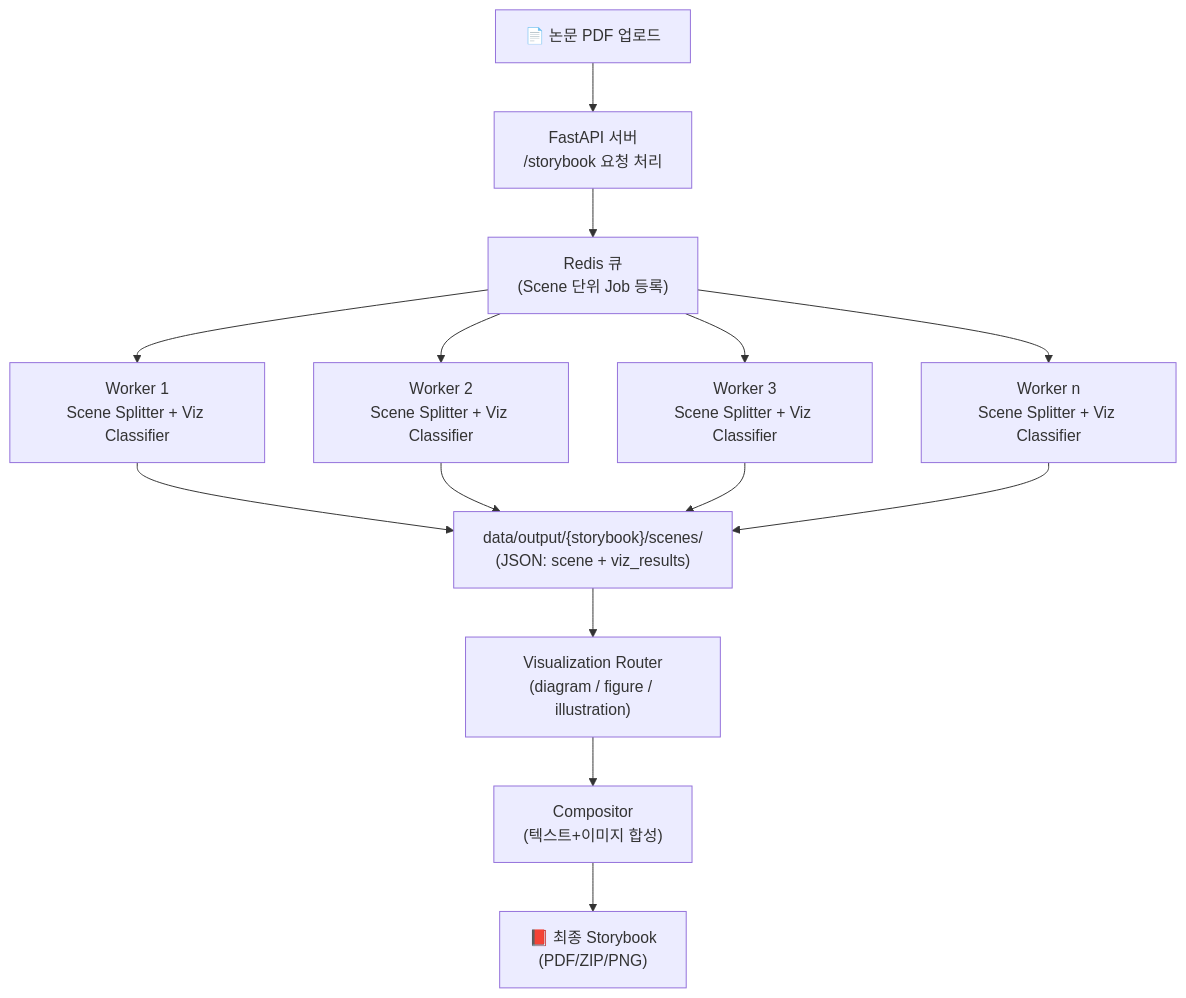
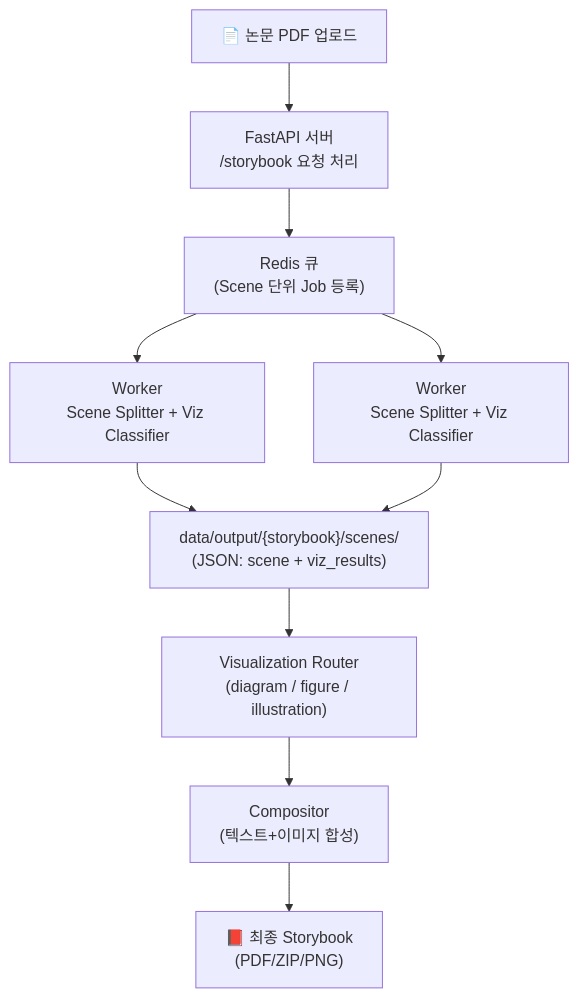
The diagram in README.md (Sondanha/paper-storybook), drawn with Mermaid before and after one commit. The commit also changed other lines of this file and 3 other files, not shown here.

Commit message:
feat(viz): improve viz_classifier post-processing & layout diversity

````diff
--- a/README.md
+++ b/README.md
@@ -12,21 +12,17 @@
 ```mermaid
 flowchart TD
 
     A["📄 논문 PDF 업로드"] --> B["FastAPI 서버\n/storybook 요청 처리"]
     B --> C["Redis 큐\n(Scene 단위 Job 등록)"]
 
-    C --> W1["Worker 1\nScene Splitter + Viz Classifier"]
-    C --> W2["Worker 2\nScene Splitter + Viz Classifier"]
-    C --> W3["Worker 3\nScene Splitter + Viz Classifier"]
-    C --> Wn["Worker n\nScene Splitter + Viz Classifier"]
+    C --> W1["Worker\nScene Splitter + Viz Classifier"]
+    C --> W2["Worker\nScene Splitter + Viz Classifier"]
 
     W1 --> D["data/output/{storybook}/scenes/\n(JSON: scene + viz_results)"]
     W2 --> D
-    W3 --> D
-    Wn --> D
 
     D --> VR["Visualization Router\n(diagram / figure / illustration)"]
     VR --> E["Compositor\n(텍스트+이미지 합성)"]
     E --> F["📕 최종 Storybook\n(PDF/ZIP/PNG)"]
 
 ```
````
